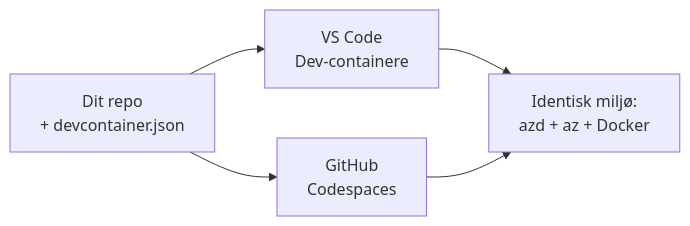
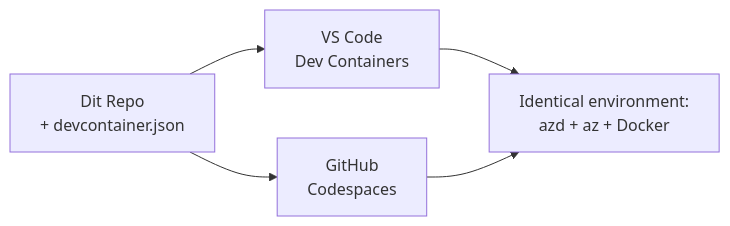
One commit to microsoft/AZD-for-beginners changed the diagram in translations/da/docs/chapter-01-foundation/dev-containers.md. Above: the diagram before and after it, drawn with Mermaid. The commit also changed other lines of this file and 61 other files, not shown here.

````diff
--- a/translations/da/docs/chapter-01-foundation/dev-containers.md
+++ b/translations/da/docs/chapter-01-foundation/dev-containers.md
@@ -41,7 +41,7 @@
 ```mermaid
 graph LR
-    Repo[Dit repo<br/>+ devcontainer.json] --> VSCode[VS Code<br/>Dev-containere]
+    Repo[Dit Repo<br/>+ devcontainer.json] --> VSCode[VS Code<br/>Dev Containers]
     Repo --> Codespaces[GitHub<br/>Codespaces]
-    VSCode --> Env[Identisk miljø:<br/>azd + az + Docker]
+    VSCode --> Env[Identical environment:<br/>azd + az + Docker]
     Codespaces --> Env
 ```
````
